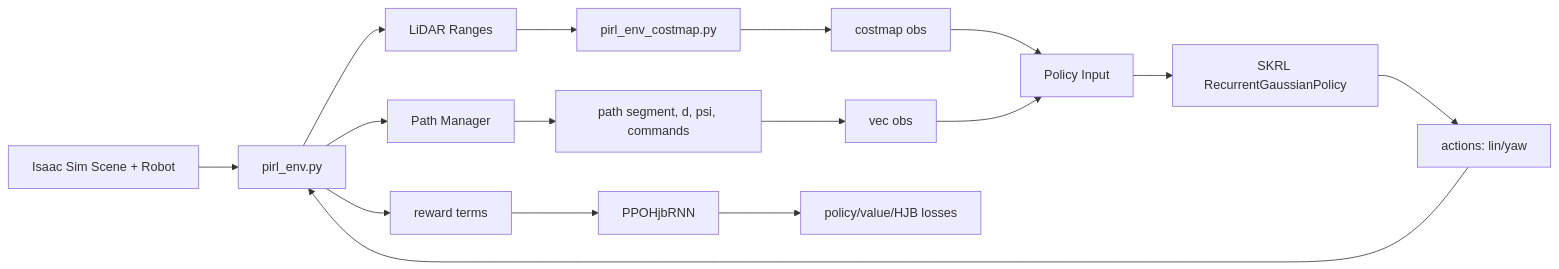
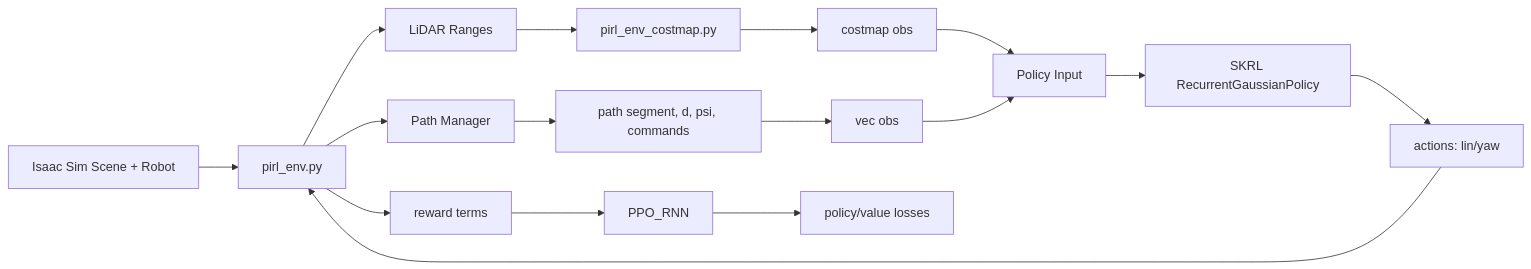
Before and after one commit to ulanpy/pirl: the diagram in AGENTS.md, drawn with Mermaid. The commit also changed other lines of this file and 14 other files, not shown here.

````diff
--- a/AGENTS.md
+++ b/AGENTS.md
@@ -95,18 +92,18 @@
 ```mermaid
 flowchart LR
   A[Isaac Sim Scene + Robot] --> B[pirl_env.py]
   B --> C[LiDAR Ranges]
   B --> D[Path Manager]
   C --> E[pirl_env_costmap.py]
   D --> F[path segment, d, psi, commands]
   E --> G[costmap obs]
   F --> H[vec obs]
   G --> I[Policy Input]
   H --> I
   I --> J[SKRL RecurrentGaussianPolicy]
   J --> K[actions: lin/yaw]
   K --> B
   B --> L[reward terms]
-  L --> M[PPOHjbRNN]
-  M --> N[policy/value/HJB losses]
+  L --> M[PPO_RNN]
+  M --> N[policy/value losses]
 ```
````
